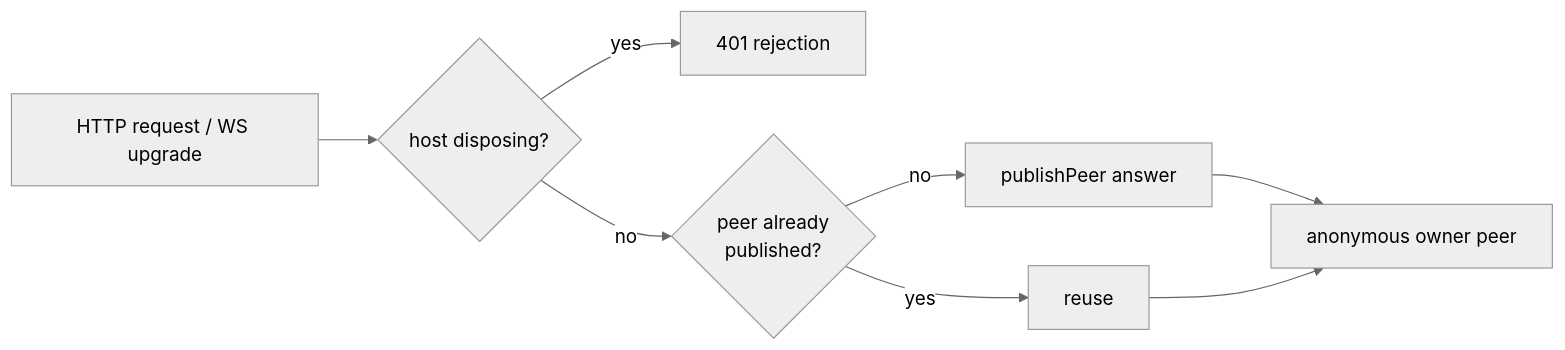
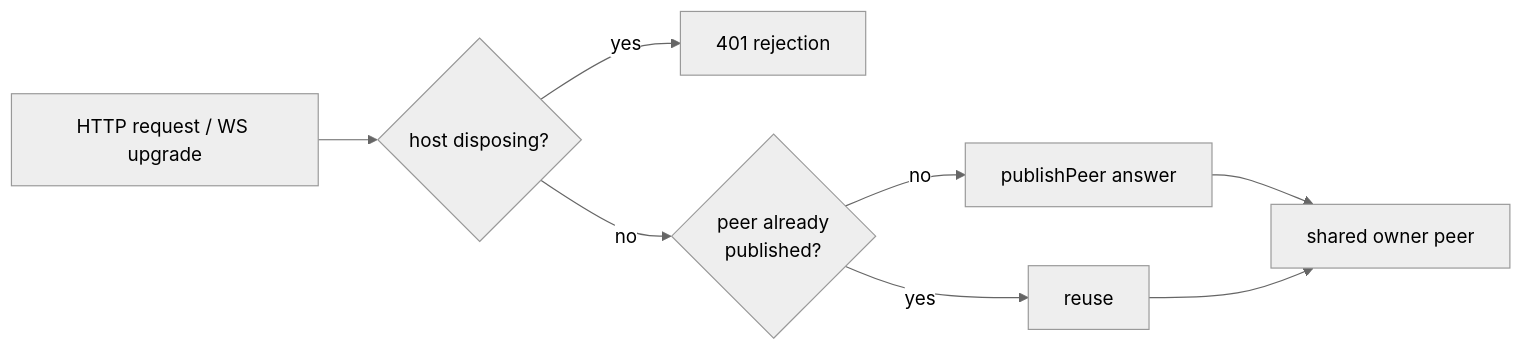
The diagram in README.md (Casper-Mars/dsh-local-admission), drawn with Mermaid (neutral theme) before and after one commit. The commit also changed other lines of this file and 9 other files, not shown here.

````diff
--- a/README.md
+++ b/README.md
@@ -50,10 +50,10 @@
 ```mermaid
 flowchart LR
   C[HTTP request / WS upgrade] --> D{host disposing?}
   D -- yes --> R401[401 rejection]
   D -- no --> K{peer already<br/>published?}
   K -- no --> N[publishPeer answer]
   K -- yes --> U[reuse]
-  N --> OK[anonymous owner peer]
+  N --> OK[shared owner peer]
   U --> OK
 ```
````
